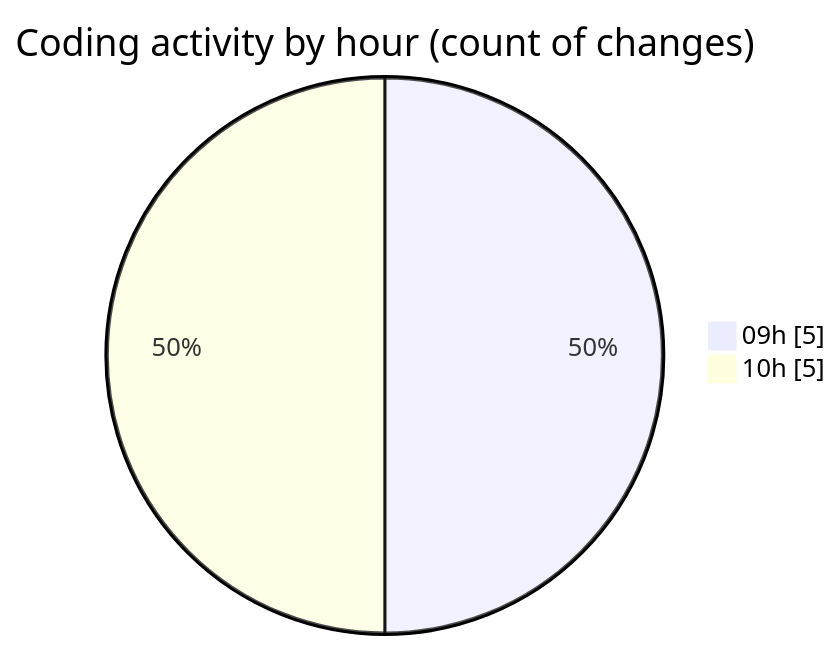
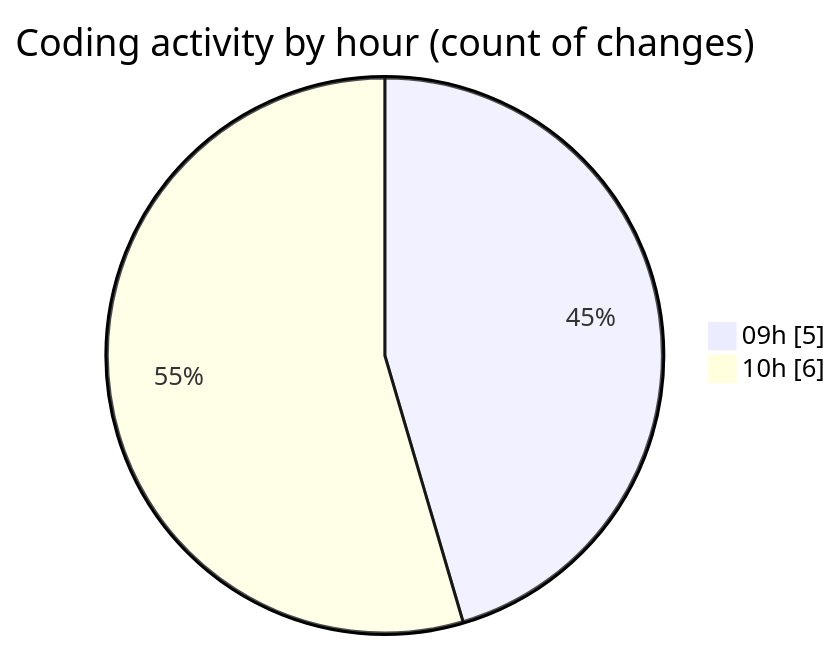
One commit to momahboobian/code-tracking changed the second of 2 diagrams in 2025-09-03/cda/README.md. Above: the diagram before and after it, drawn with Mermaid. The commit also changed other lines of this file and 1 other file, not shown here.

````diff
--- a/2025-09-03/cda/README.md
+++ b/2025-09-03/cda/README.md
@@ -38,6 +40,6 @@
 ```mermaid
 pie showData
 title Coding activity by hour (count of changes)
 "09h" : 5
-"10h" : 5
+"10h" : 6
 ```
````
